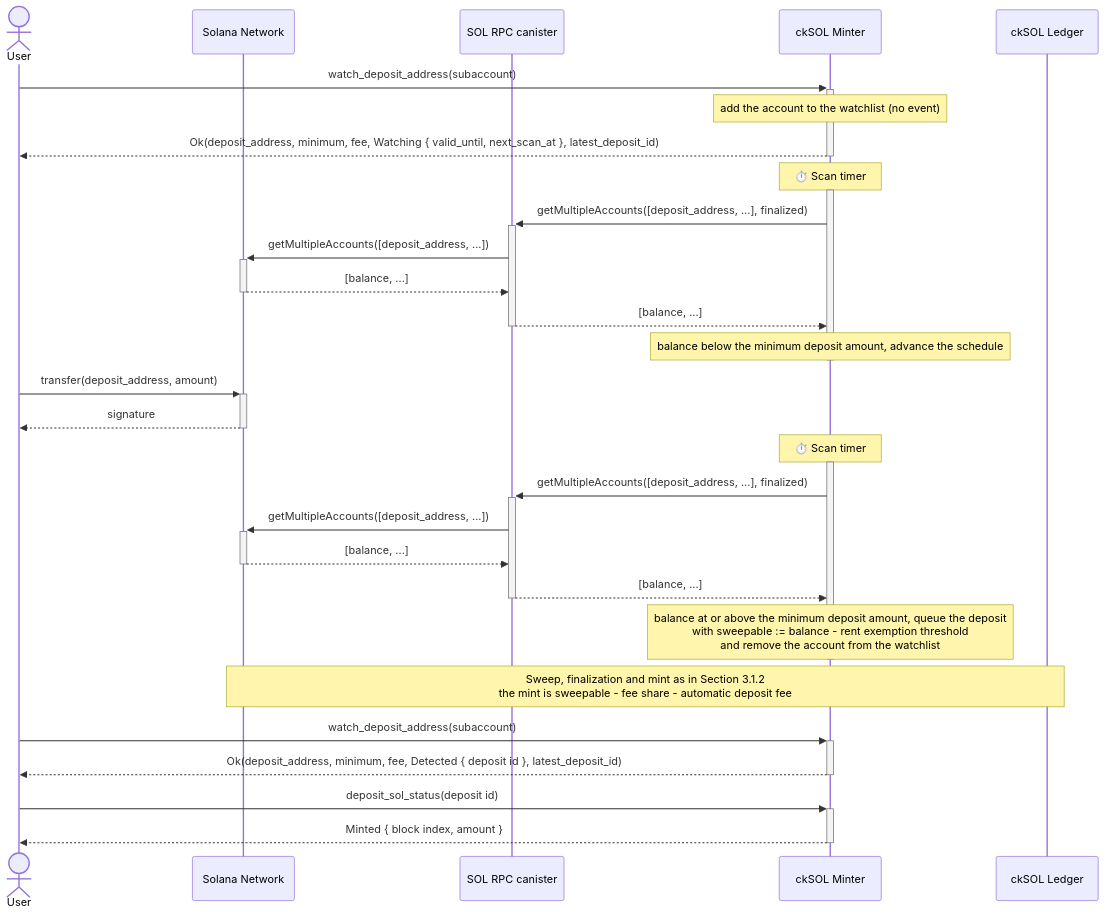
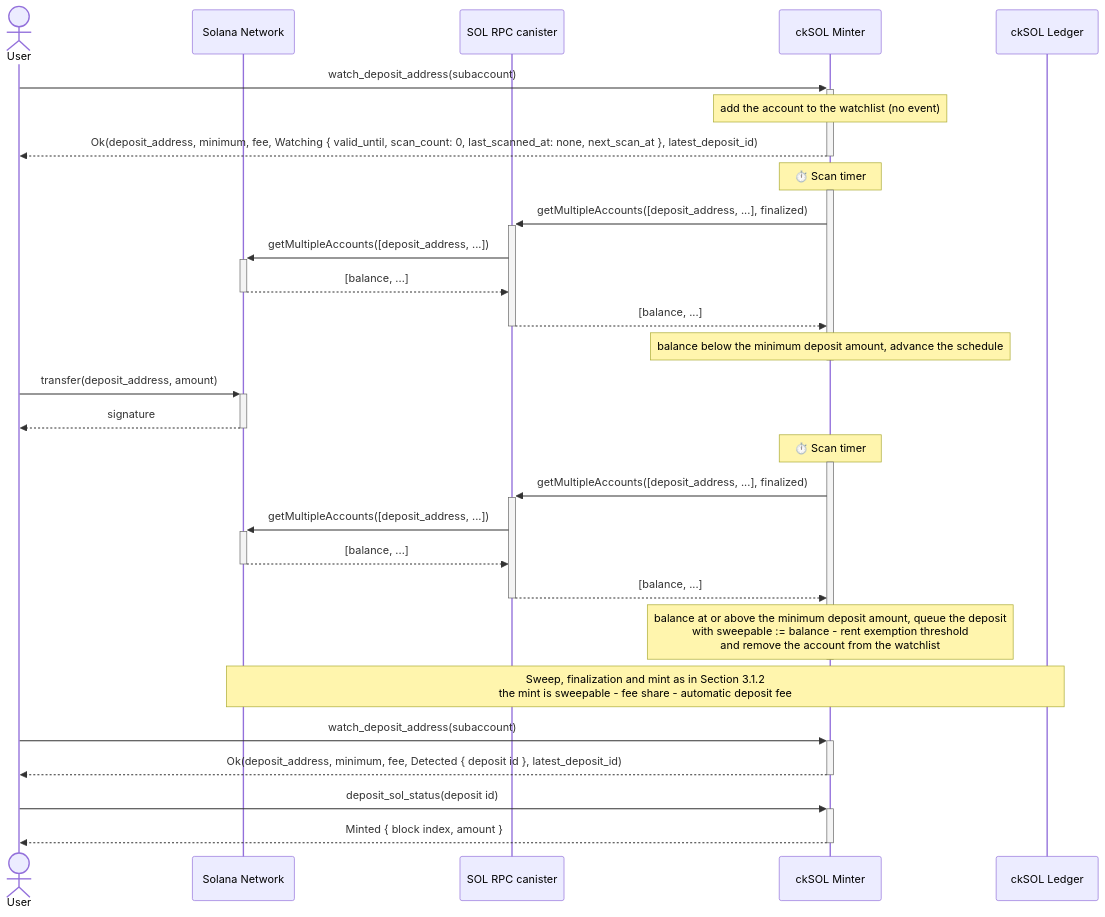
One commit to dfinity/cksol changed the second of 9 diagrams in docs/src/development/design.md. Above: the diagram before and after it, drawn with Mermaid. The commit also changed other lines of this file, not shown here.

Commit message:
docs(design): show the full Watching reply and scope the capacity error to new registrations

````diff
--- a/docs/src/development/design.md
+++ b/docs/src/development/design.md
@@ -93,40 +93,40 @@
 ```mermaid
 sequenceDiagram
     actor User
     participant Solana as Solana Network
     participant RPC as SOL RPC canister
     participant Minter as ckSOL Minter
     participant Ledger as ckSOL Ledger
 
     User->>+Minter: watch_deposit_address(subaccount)
     Note over Minter: add the account to the watchlist (no event)
-    Minter-->>-User: Ok(deposit_address, minimum, fee, Watching { valid_until, next_scan_at }, latest_deposit_id)
+    Minter-->>-User: Ok(deposit_address, minimum, fee, Watching { valid_until, scan_count: 0, last_scanned_at: none, next_scan_at }, latest_deposit_id)
 
     Note over Minter: ⏱️ Scan timer
     activate Minter
     Minter->>+RPC: getMultipleAccounts([deposit_address, ...], finalized)
     RPC->>+Solana: getMultipleAccounts([deposit_address, ...])
     Solana-->>-RPC: [balance, ...]
     RPC-->>-Minter: [balance, ...]
     Note over Minter: balance below the minimum deposit amount, advance the schedule
     deactivate Minter
 
     User->>+Solana: transfer(deposit_address, amount)
     Solana-->>-User: signature
 
     Note over Minter: ⏱️ Scan timer
     activate Minter
     Minter->>+RPC: getMultipleAccounts([deposit_address, ...], finalized)
     RPC->>+Solana: getMultipleAccounts([deposit_address, ...])
     Solana-->>-RPC: [balance, ...]
     RPC-->>-Minter: [balance, ...]
     Note over Minter: balance at or above the minimum deposit amount, queue the deposit<br/>with sweepable := balance - rent exemption threshold<br/>and remove the account from the watchlist
     deactivate Minter
 
     Note over Solana,Ledger: Sweep, finalization and mint as in Section 3.1.2<br/>the mint is sweepable - fee share - automatic deposit fee
 
     User->>+Minter: watch_deposit_address(subaccount)
     Minter-->>-User: Ok(deposit_address, minimum, fee, Detected { deposit id }, latest_deposit_id)
     User->>+Minter: deposit_sol_status(deposit id)
     Minter-->>-User: Minted { block index, amount }
 ```
````
